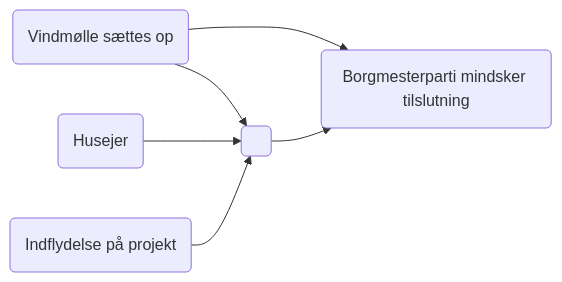
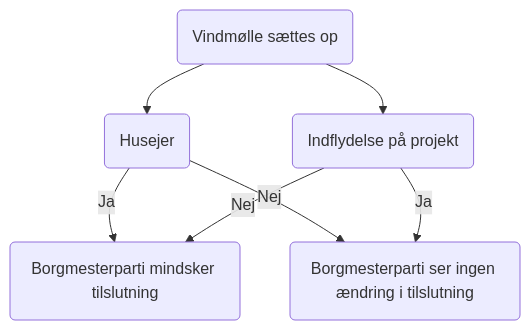
Before and after one commit to aleksanderbl29/bachelor: the second of 2 diagrams in synopsis/synopsis.qmd, drawn with Mermaid. The commit also changed other lines of this file, not shown here.

Commit message:
mere teori og kausalmodeller

````diff
--- a/synopsis/synopsis.qmd
+++ b/synopsis/synopsis.qmd
@@ -88,15 +66,20 @@
 ```{mermaid}
 %%| label: fig-kausalmodel-fuld
 %%| fig-cap: "Forventet fuld sammenhæng"
 
-flowchart LR
+flowchart TD
   X(Vindmølle sættes op)
   Y(Borgmesterparti mindsker tilslutning)
-  M( )
+  Y2(Borgmesterparti ser ingen ændring i tilslutning)
+
   Z1(Husejer)
   Z2(Indflydelse på projekt)
 
-  X --> M
-  X & M --> Y
-  Z1 & Z2 --> M
+  X --> Z1 & Z2
+  Z1 -->|Ja| Y
+  Z1 -->|Nej| Y2
+
+  Z2 -->|Ja| Y2
+  Z2 -->|Nej| Y
+
 ```
````
